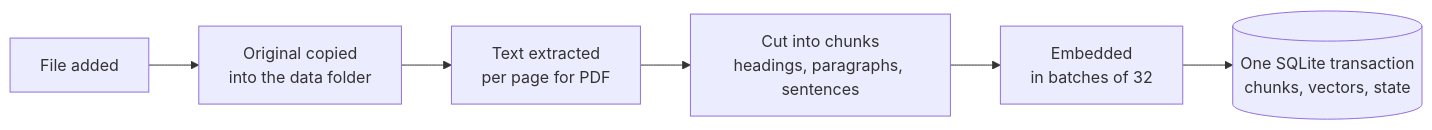
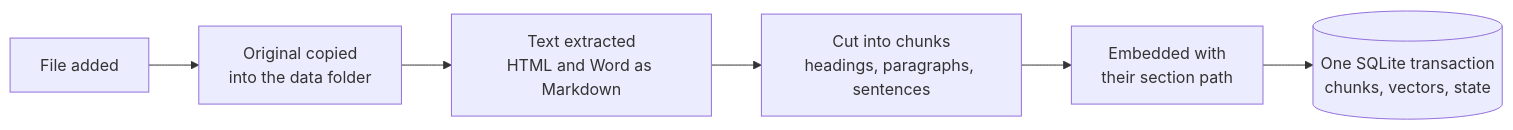
Before and after one commit to sburdenko/scrinium: the third of 5 diagrams in README.md, drawn with Mermaid. The commit also changed other lines of this file and 10 other files, not shown here.

First line of the commit message:
docs: add the Brightmoor Labs demo for HTML, Word, code and long sections

````diff
--- a/README.md
+++ b/README.md
@@ -248,8 +249,8 @@
 ```mermaid
 flowchart LR
     A[File added] --> B[Original copied<br/>into the data folder]
-    B --> C[Text extracted<br/>per page for PDF]
+    B --> C[Text extracted<br/>HTML and Word as Markdown]
     C --> D[Cut into chunks<br/>headings, paragraphs, sentences]
-    D --> E[Embedded<br/>in batches of 32]
+    D --> E[Embedded with<br/>their section path]
     E --> F[(One SQLite transaction<br/>chunks, vectors, state)]
 ```
````
